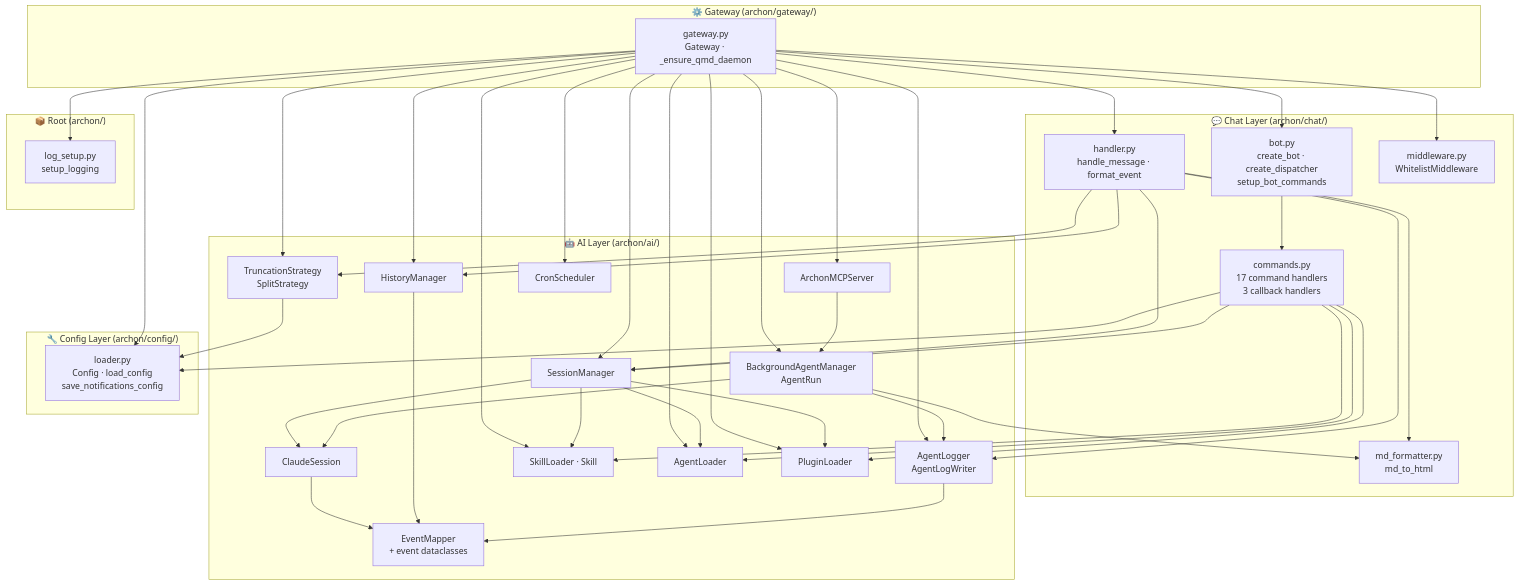
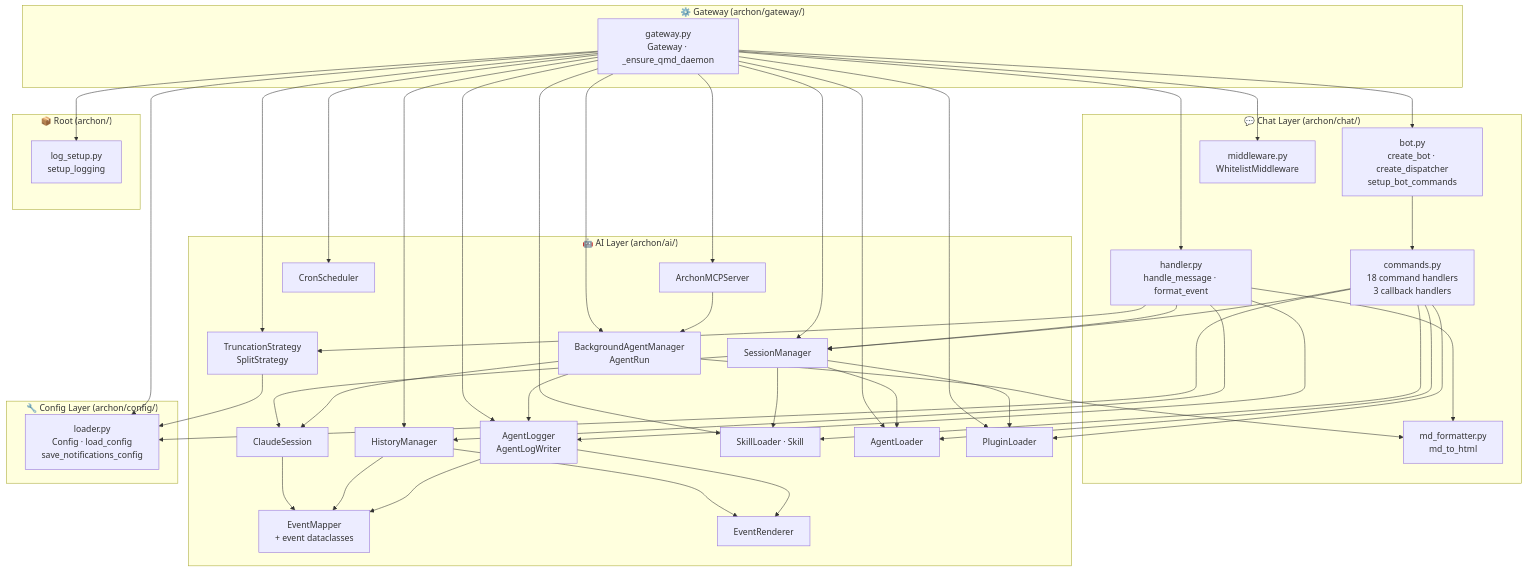
Before and after one commit to user538295/archon-assistant: the diagram in Documentation/Architecture/110_component_catalog_and_layer_breakdown.md, drawn with Mermaid. The commit also changed other lines of this file, not shown here.

````diff
--- a/Documentation/Architecture/110_component_catalog_and_layer_breakdown.md
+++ b/Documentation/Architecture/110_component_catalog_and_layer_breakdown.md
@@ -21,78 +21,81 @@
 ```mermaid
 graph TB
     subgraph GW["⚙️ Gateway  (archon/gateway/)"]
         gateway["gateway.py\nGateway · _ensure_qmd_daemon"]
     end
 
     subgraph CHAT["💬 Chat Layer  (archon/chat/)"]
         bot["bot.py\ncreate_bot · create_dispatcher\nsetup_bot_commands"]
-        cmds["commands.py\n17 command handlers\n3 callback handlers"]
+        cmds["commands.py\n18 command handlers\n3 callback handlers"]
         handler["handler.py\nhandle_message · format_event"]
         mw["middleware.py\nWhitelistMiddleware"]
         fmt["md_formatter.py\nmd_to_html"]
     end
 
     subgraph AI["🤖 AI Layer  (archon/ai/)"]
         cs["ClaudeSession"]
         em["EventMapper\n+ event dataclasses"]
         sm["SessionManager"]
         bam["BackgroundAgentManager\nAgentRun"]
         mcp["ArchonMCPServer"]
         hm["HistoryManager"]
         al["AgentLogger\nAgentLogWriter"]
+        er["EventRenderer"]
         sl["SkillLoader · Skill"]
         ts["TruncationStrategy\nSplitStrategy"]
         agl["AgentLoader"]
         pl["PluginLoader"]
         cron["CronScheduler"]
     end
 
     subgraph CFG["🔧 Config Layer  (archon/config/)"]
         loader["loader.py\nConfig · load_config\nsave_notifications_config"]
     end
 
     subgraph ROOT["📦 Root  (archon/)"]
         log["log_setup.py\nsetup_logging"]
     end
 
     gateway --> bot
     gateway --> handler
     gateway --> mw
     gateway --> sm
     gateway --> bam
     gateway --> mcp
     gateway --> hm
     gateway --> al
     gateway --> sl
     gateway --> agl
     gateway --> pl
     gateway --> cron
     gateway --> ts
     gateway --> loader
     gateway --> log
 
     handler --> sm
     handler --> ts
     handler --> hm
     handler --> al
     handler --> fmt
     cmds --> sm
     cmds --> sl
     cmds --> agl
     cmds --> pl
     cmds --> loader
     bot --> cmds
 
     sm --> cs
     sm --> agl
     sm --> pl
     sm --> sl
     cs --> em
     bam --> cs
     bam --> al
     bam --> fmt
     mcp --> bam
     hm --> em
+    hm --> er
     al --> em
+    al --> er
     ts --> loader
 ```
````
